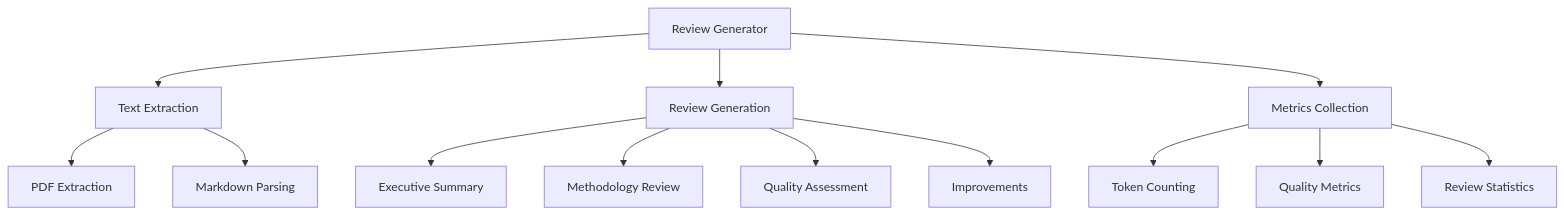
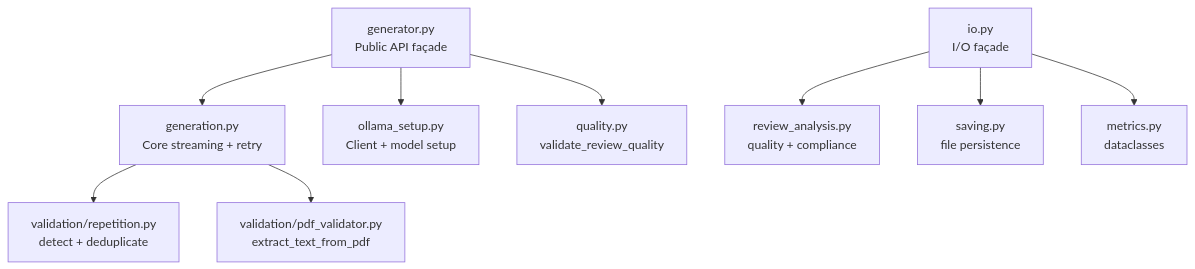
Before and after one commit to docxology/template: the diagram in infrastructure/llm/review/README.md, drawn with Mermaid. The commit also changed other lines of this file and 952 other files, not shown here.

````diff
--- a/infrastructure/llm/review/README.md
+++ b/infrastructure/llm/review/README.md
@@ -154,18 +179,13 @@
 ```mermaid
 graph TD
-    A[Review Generator] --> B[Text Extraction]
-    A --> C[Review Generation]
-    A --> D[Metrics Collection]
+    A[generator.py<br/>Public API façade] --> B[generation.py<br/>Core streaming + retry]
+    A --> C[ollama_setup.py<br/>Client + model setup]
+    A --> D[quality.py<br/>validate_review_quality]
 
-    B --> E[PDF Extraction]
-    B --> F[Markdown Parsing]
+    B --> E[validation/repetition.py<br/>detect + deduplicate]
+    B --> F[validation/pdf_validator.py<br/>extract_text_from_pdf]
 
-    C --> G[Executive Summary]
-    C --> H[Methodology Review]
-    C --> I[Quality Assessment]
-    C --> J[Improvements]
-
-    D --> K[Token Counting]
-    D --> L[Quality Metrics]
-    D --> M[Review Statistics]
+    G[io.py<br/>I/O façade] --> H[review_analysis.py<br/>quality + compliance]
+    G --> I[saving.py<br/>file persistence]
+    G --> J[metrics.py<br/>dataclasses]
 ```
````
